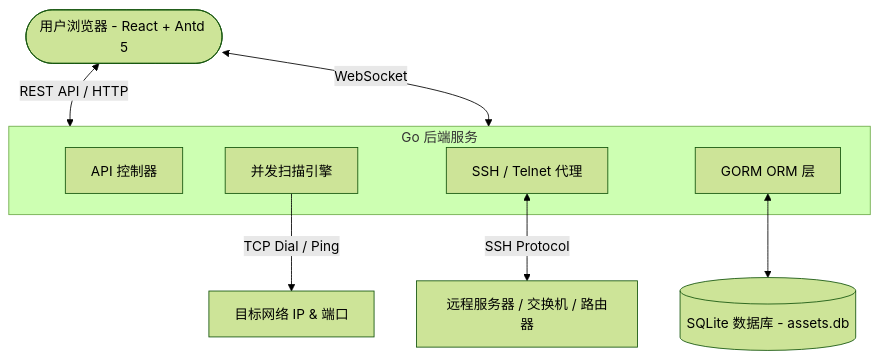
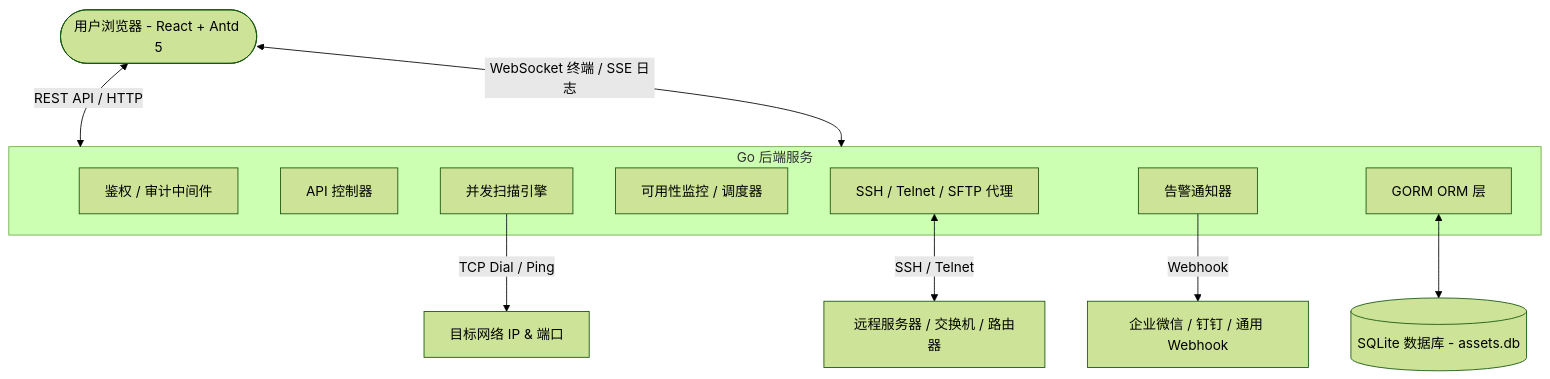
Before and after one commit to xumjbn/meridian: the first of 4 diagrams in docs/architecture.md, drawn with Mermaid (forest theme). The commit also changed other lines of this file and 4 other files, not shown here.

````diff
--- a/docs/architecture.md
+++ b/docs/architecture.md
@@ -13,16 +14,20 @@
 ```mermaid
 graph TD
     UserBrowser([用户浏览器 - React + Antd 5]) <-->|REST API / HTTP| GoBackend[Go 后端服务 - Gin]
-    UserBrowser <-->|WebSocket| GoBackend
-    
+    UserBrowser <-->|WebSocket 终端 / SSE 日志| GoBackend
+
     subgraph GoBackend [Go 后端服务]
+        AuthMW[鉴权 / 审计中间件]
         APIHandler[API 控制器]
         ScannerEngine[并发扫描引擎]
-        SSHProxy[SSH / Telnet 代理]
+        Monitor[可用性监控 / 调度器]
+        SSHProxy[SSH / Telnet / SFTP 代理]
+        Notifier[告警通知器]
         GORM[GORM ORM 层]
     end
-    
+
     GORM <--> DB[(SQLite 数据库 - assets.db)]
     ScannerEngine -->|TCP Dial / Ping| TargetNetwork[目标网络 IP & 端口]
-    SSHProxy <-->|SSH Protocol| TargetHost[远程服务器 / 交换机 / 路由器]
+    SSHProxy <-->|SSH / Telnet| TargetHost[远程服务器 / 交换机 / 路由器]
+    Notifier -->|Webhook| IM[企业微信 / 钉钉 / 通用 Webhook]
 ```
````
